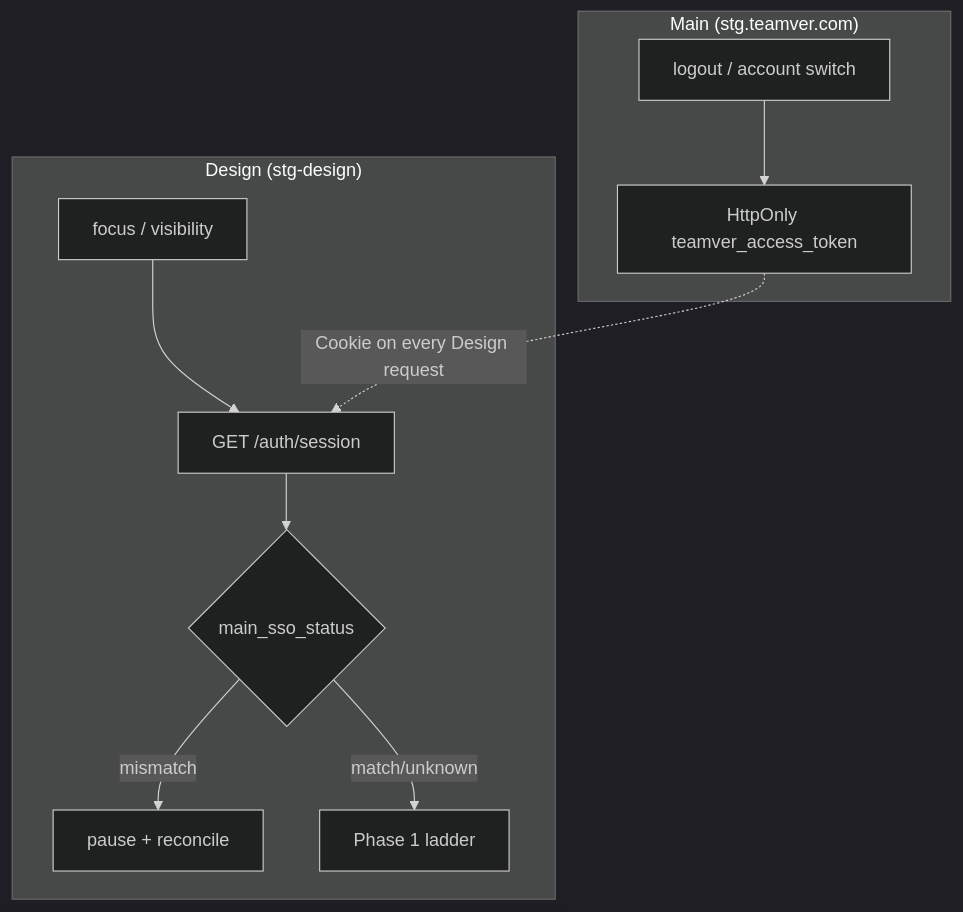
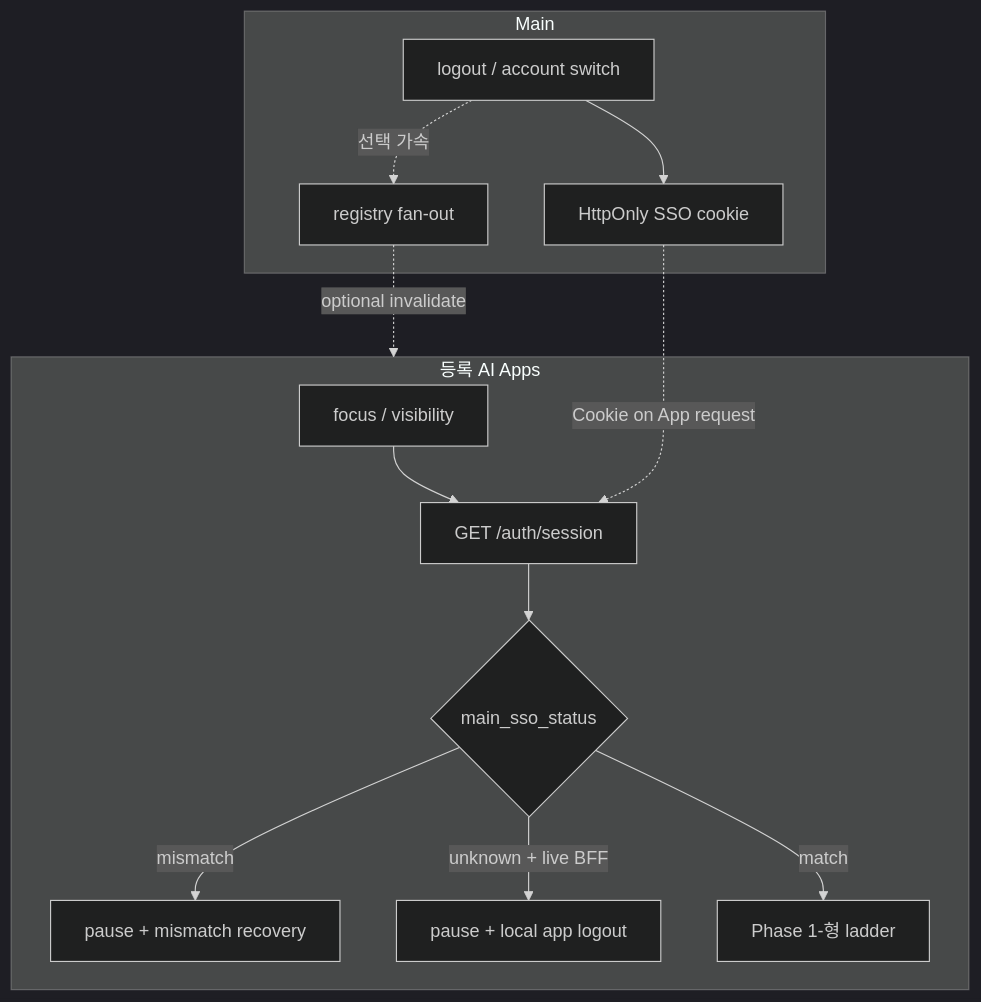
One commit to NeuralStudioKr/ns-open-design changed the second of 2 diagrams in docs-teamver/0825-N01-1-상위기획-[BFF_session-probe_refresh_401_완전해결].md. Above: the diagram before and after it, drawn with Mermaid (dark theme). The commit also changed other lines of this file and 7 other files, not shown here.

First line of the commit message:
docs(auth): 멀티앱 Apps↔Main 정합 후보 문서 + Phase 2b 재검토

````diff
--- a/docs-teamver/0825-N01-1-상위기획-[BFF_session-probe_refresh_401_완전해결].md
+++ b/docs-teamver/0825-N01-1-상위기획-[BFF_session-probe_refresh_401_완전해결].md
@@ -414,13 +509,16 @@
 ```mermaid
 flowchart TD
-  subgraph Design["Design (stg-design)"]
-    F[focus / visibility] --> S[GET /auth/session]
+  subgraph Apps["등록 AI Apps"]
+    F[focus / visibility] --> S["GET /auth/session"]
     S --> M{main_sso_status}
-    M -->|mismatch| P[pause + reconcile]
-    M -->|match/unknown| L[Phase 1 ladder]
+    M -->|mismatch| P[pause + mismatch recovery]
+    M -->|unknown + live BFF| U[pause + local app logout]
+    M -->|match| L[Phase 1-형 ladder]
   end
-  subgraph Main["Main (stg.teamver.com)"]
-    ML[logout / account switch] --> MC[HttpOnly teamver_access_token]
+  subgraph Main["Main"]
+    ML[logout / account switch] --> MC[HttpOnly SSO cookie]
+    ML -.->|선택 가속| R[registry fan-out]
   end
-  MC -.->|Cookie on every Design request| S
+  MC -.->|Cookie on App request| S
+  R -.->|optional invalidate| Apps
 ```
````
